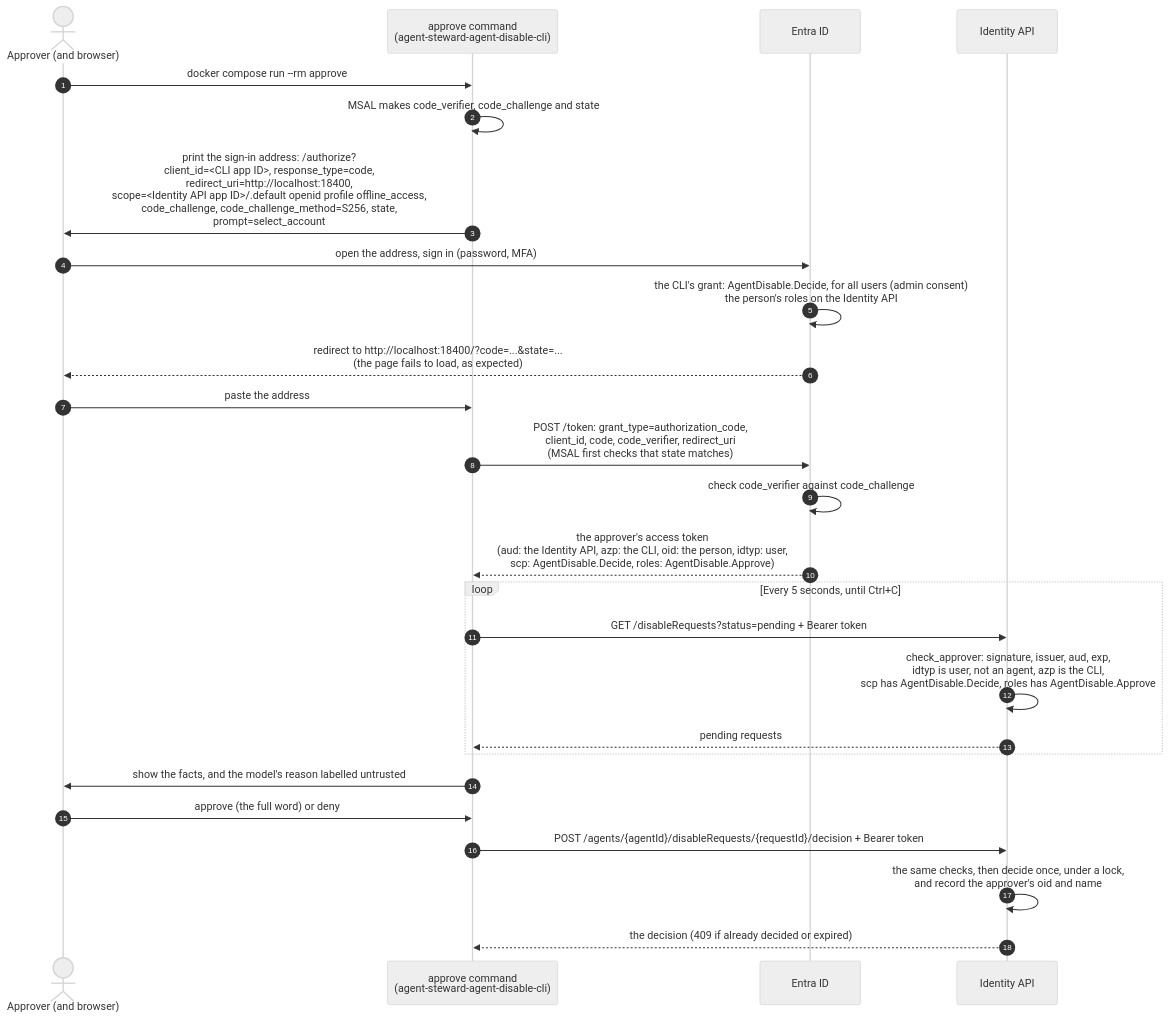
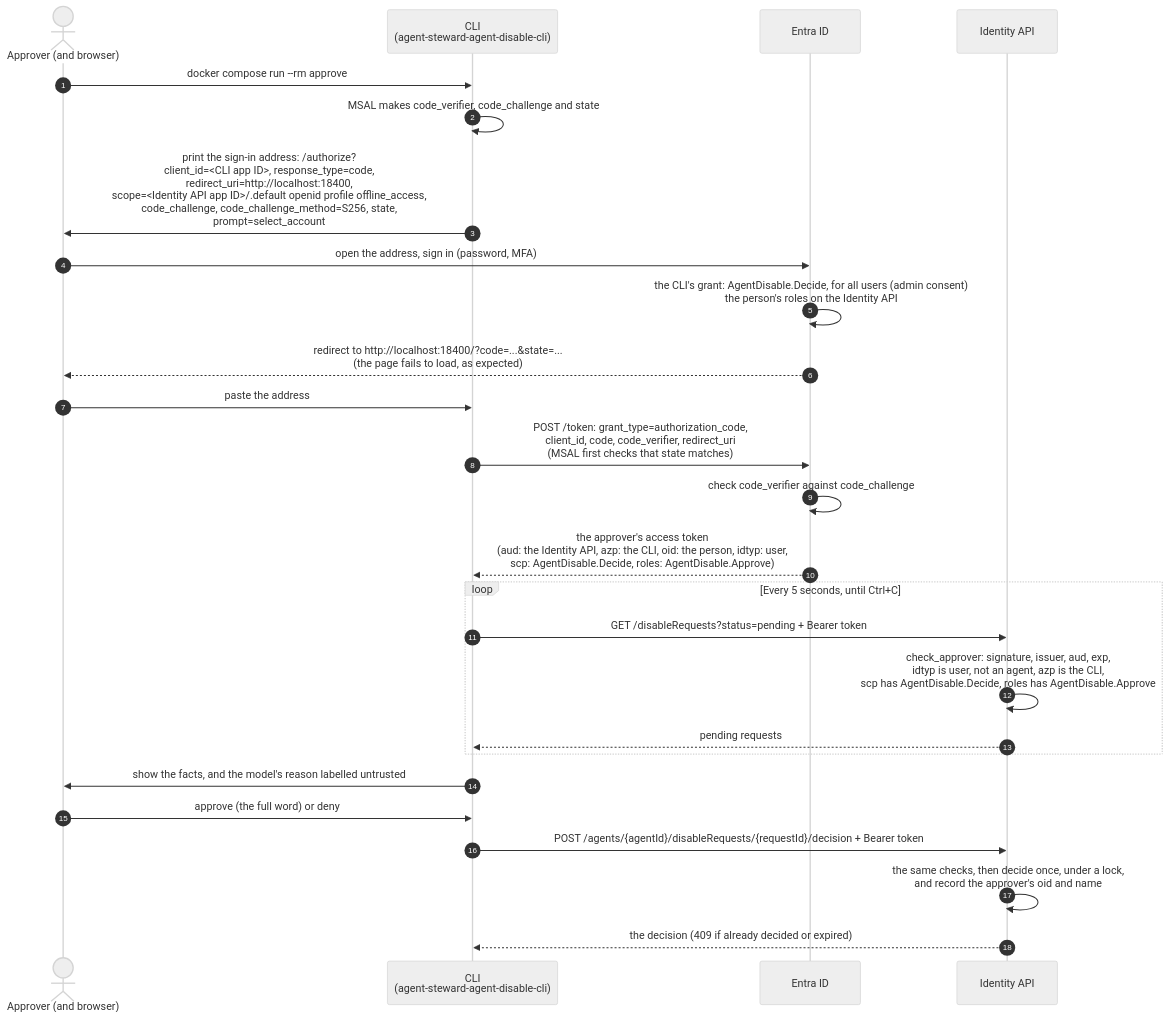
The fourth of 4 diagrams in docs/agent-steward-architecture.md (alireza-mpr/agent-steward), drawn with Mermaid (neutral theme) before and after one commit. The commit also changed other lines of this file and 20 other files, not shown here.

Commit message:
docs: call the approver's client the CLI, not the approve command

````diff
--- a/docs/agent-steward-architecture.md
+++ b/docs/agent-steward-architecture.md
@@ -215,31 +215,31 @@
 ```mermaid
 sequenceDiagram
     autonumber
     actor P as Approver (and browser)
-    participant C as approve command<br/>(agent-steward-agent-disable-cli)
+    participant C as CLI<br/>(agent-steward-agent-disable-cli)
     participant E as Entra ID
     participant A as Identity API
 
     P->>C: docker compose run --rm approve
     C->>C: MSAL makes code_verifier, code_challenge and state
     C->>P: print the sign-in address: /authorize?<br/>client_id=#lt;CLI app ID#gt;, response_type=code,<br/>redirect_uri=http://localhost:18400,<br/>scope=#lt;Identity API app ID#gt;/.default openid profile offline_access,<br/>code_challenge, code_challenge_method=S256, state,<br/>prompt=select_account
     P->>E: open the address, sign in (password, MFA)
     E->>E: the CLI's grant: AgentDisable.Decide, for all users (admin consent)<br/>the person's roles on the Identity API
     E-->>P: redirect to http://localhost:18400/?code=...#amp;state=...<br/>(the page fails to load, as expected)
     P->>C: paste the address
     C->>E: POST /token: grant_type=authorization_code,<br/>client_id, code, code_verifier, redirect_uri<br/>(MSAL first checks that state matches)
     E->>E: check code_verifier against code_challenge
     E-->>C: the approver's access token<br/>(aud: the Identity API, azp: the CLI, oid: the person, idtyp: user,<br/>scp: AgentDisable.Decide, roles: AgentDisable.Approve)
 
     loop Every 5 seconds, until Ctrl+C
         C->>A: GET /disableRequests?status=pending + Bearer token
         A->>A: check_approver: signature, issuer, aud, exp,<br/>idtyp is user, not an agent, azp is the CLI,<br/>scp has AgentDisable.Decide, roles has AgentDisable.Approve
         A-->>C: pending requests
     end
 
     C->>P: show the facts, and the model's reason labelled untrusted
     P->>C: approve (the full word) or deny
     C->>A: POST /agents/{agentId}/disableRequests/{requestId}/decision + Bearer token
     A->>A: the same checks, then decide once, under a lock,<br/>and record the approver's oid and name
     A-->>C: the decision (409 if already decided or expired)
 ```
````
